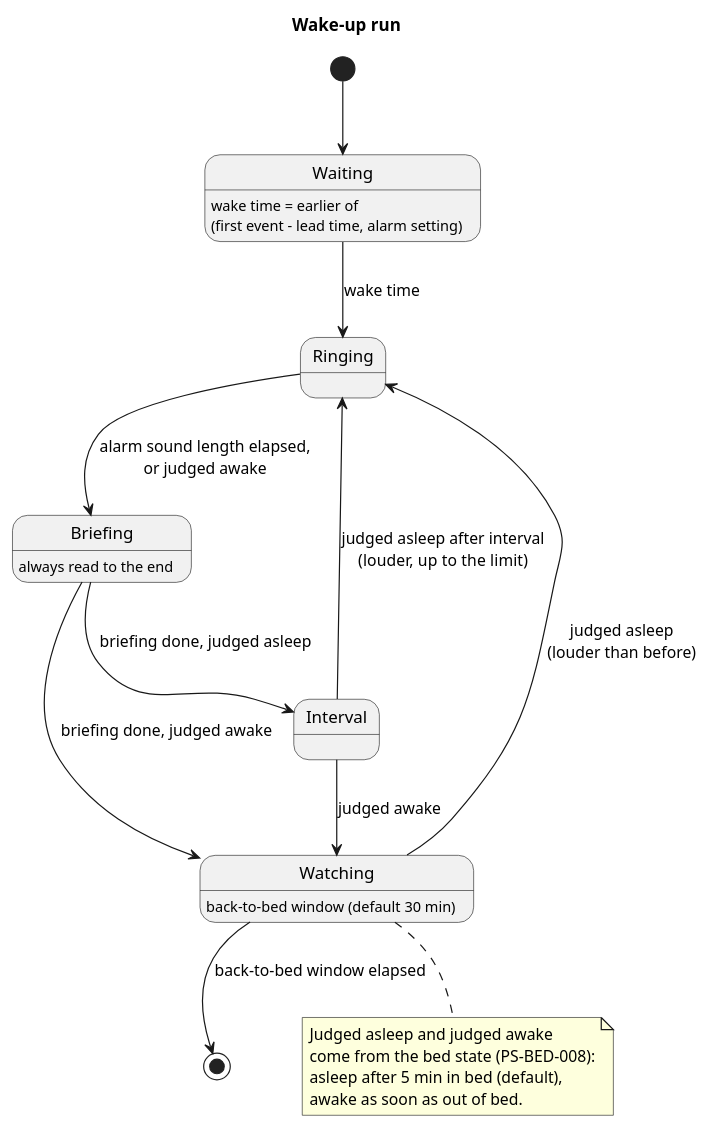
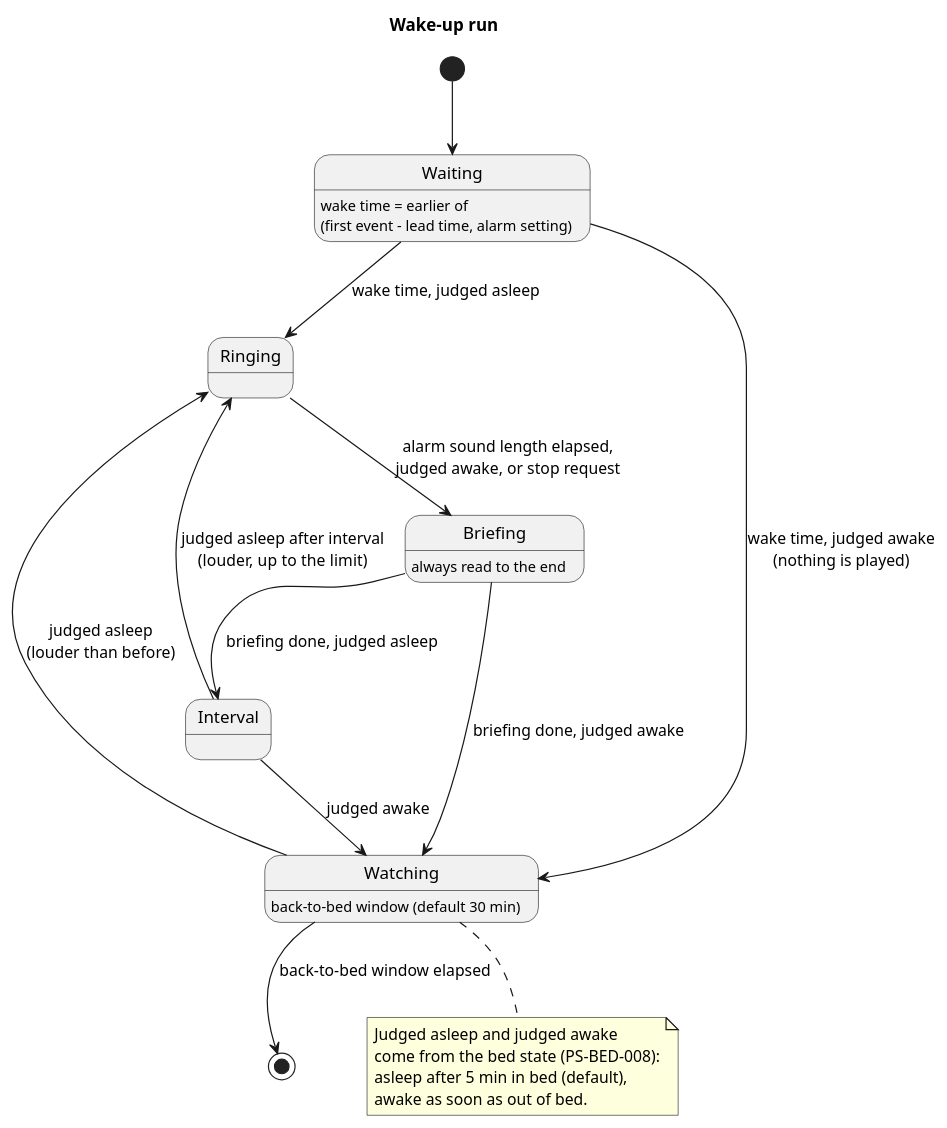
Before and after one commit to cloveclovedev/press-start: the diagram in docs/ja/requirements/alarm/overview.puml, drawn with PlantUML. The commit also changed 4 other files, not shown here.

First line of the commit message:
docs(requirements): stay silent when out of bed at wake time, add a stop request, and use a small Claude model

```diff
--- a/docs/ja/requirements/alarm/overview.puml
+++ b/docs/ja/requirements/alarm/overview.puml
@@ -1,24 +1,25 @@
 @startuml overview
 title Wake-up run
 skinparam shadowing false
 
 [*] --> Waiting
 Waiting : wake time = earlier of\n(first event - lead time, alarm setting)
-Waiting --> Ringing : wake time
-Ringing --> Briefing : alarm sound length elapsed,\nor judged awake
+Waiting --> Ringing : wake time, judged asleep
+Waiting --> Watching : wake time, judged awake\n(nothing is played)
+Ringing --> Briefing : alarm sound length elapsed,\njudged awake, or stop request
 Briefing : always read to the end
 Briefing --> Interval : briefing done, judged asleep
 Briefing --> Watching : briefing done, judged awake
 Interval --> Ringing : judged asleep after interval\n(louder, up to the limit)
 Interval --> Watching : judged awake
 Watching : back-to-bed window (default 30 min)
 Watching --> Ringing : judged asleep\n(louder than before)
 Watching --> [*] : back-to-bed window elapsed
 
 note bottom of Watching
   Judged asleep and judged awake
   come from the bed state (PS-BED-008):
   asleep after 5 min in bed (default),
   awake as soon as out of bed.
 end note
 @enduml
```
